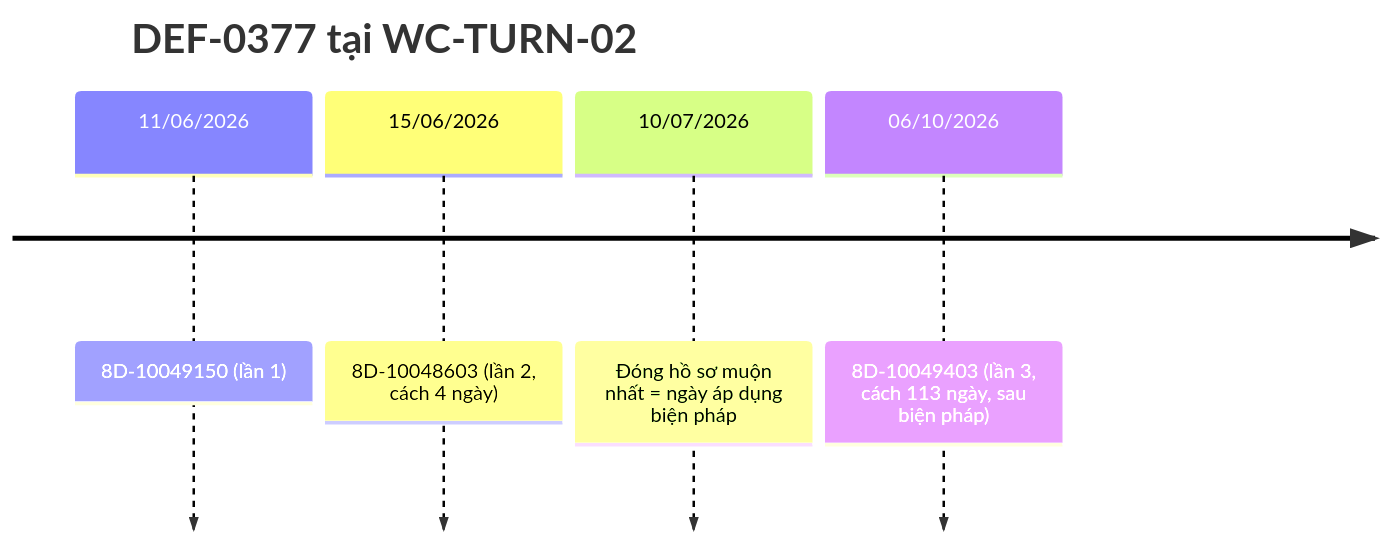
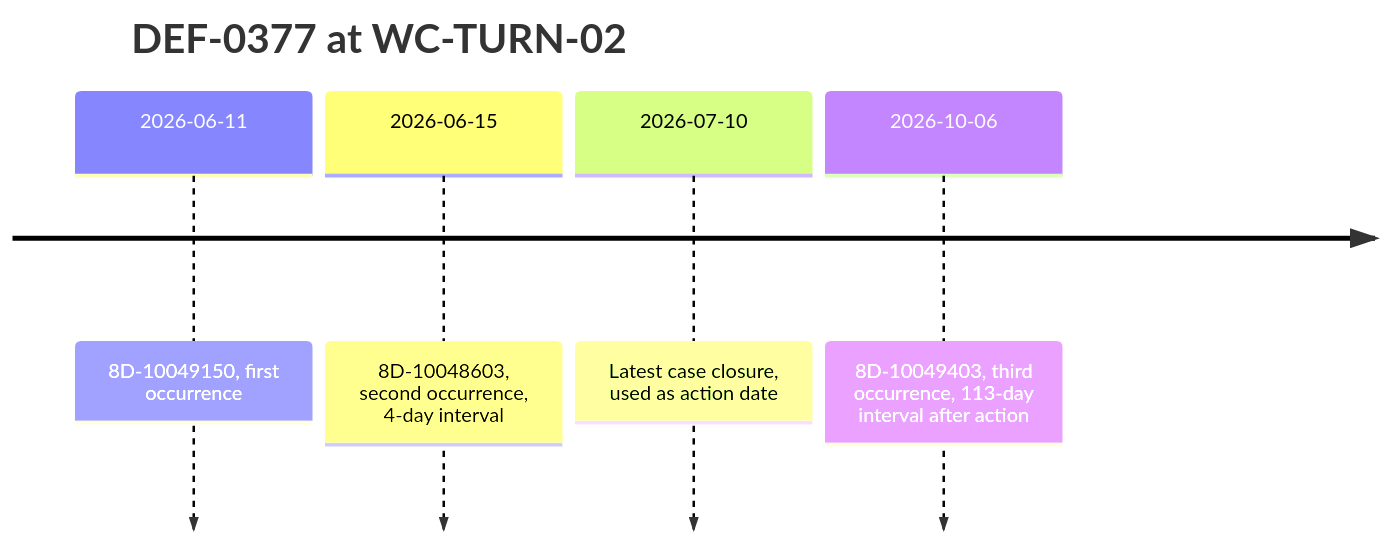
One commit to DungTruong1610/8D_problem_solving changed the eighth of 8 diagrams in presentation/maintenance-history-briefing.md. Above: the diagram before and after it, drawn with Mermaid. The commit also changed other lines of this file and 48 other files, not shown here.

````diff
--- a/presentation/maintenance-history-briefing.md
+++ b/presentation/maintenance-history-briefing.md
@@ -364,8 +367,8 @@
 ```mermaid
 timeline
-    title DEF-0377 tại WC-TURN-02
-    11/06/2026 : 8D-10049150 (lần 1)
-    15/06/2026 : 8D-10048603 (lần 2, cách 4 ngày)
-    10/07/2026 : Đóng hồ sơ muộn nhất = ngày áp dụng biện pháp
-    06/10/2026 : 8D-10049403 (lần 3, cách 113 ngày, sau biện pháp)
+    title DEF-0377 at WC-TURN-02
+    2026-06-11 : 8D-10049150, first occurrence
+    2026-06-15 : 8D-10048603, second occurrence, 4-day interval
+    2026-07-10 : Latest case closure, used as action date
+    2026-10-06 : 8D-10049403, third occurrence, 113-day interval after action
 ```
````
